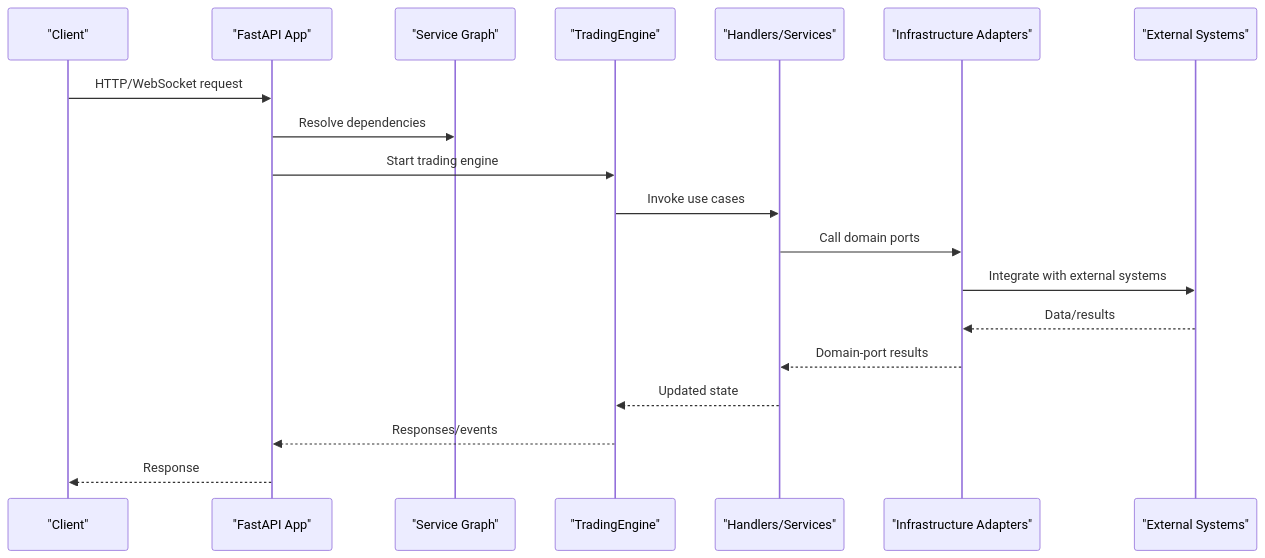
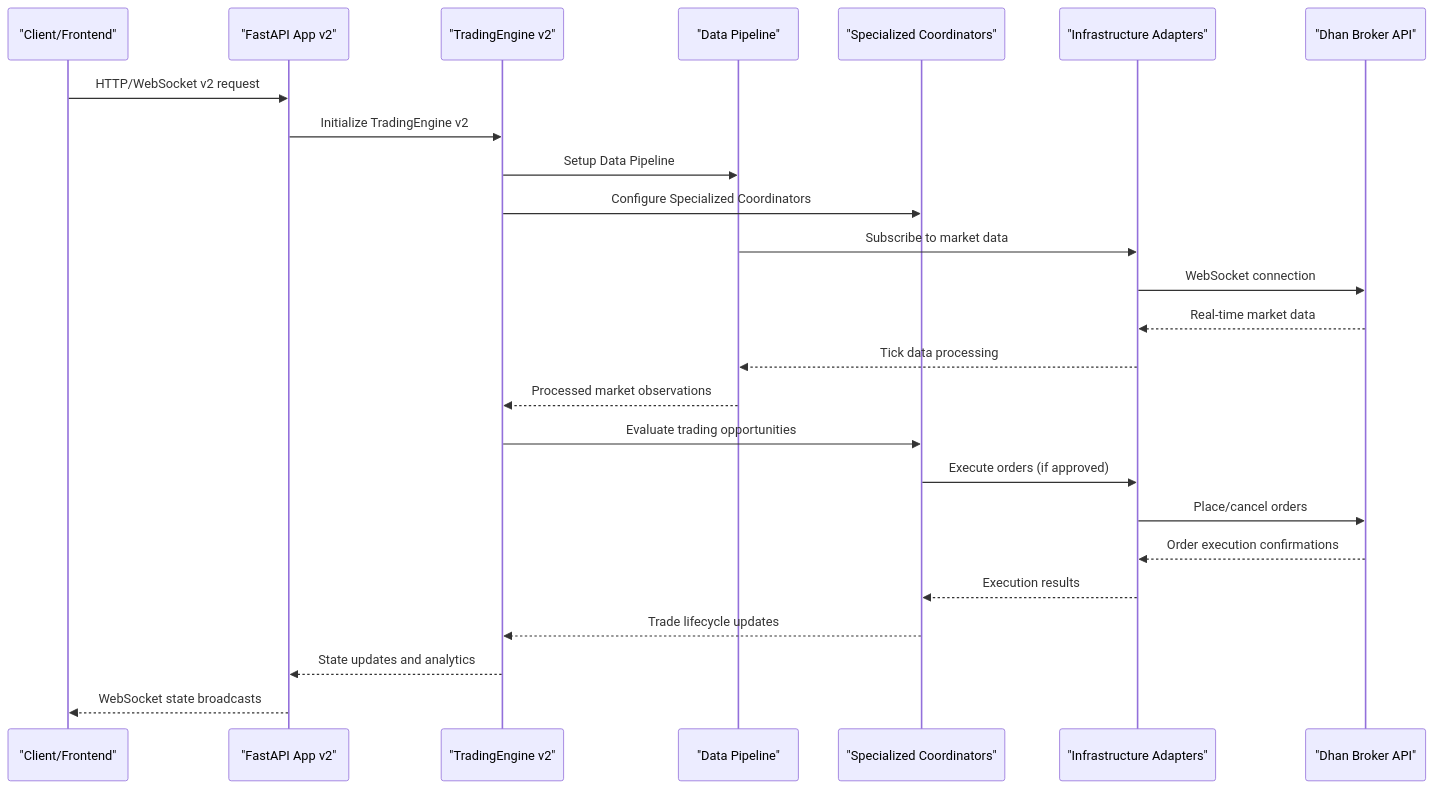
Before and after one commit to gemrajkhatry-maker/v5-of-glassytrade-ai: the second of 6 diagrams in .qoder/repowiki/en/content/Architecture Deep Dive/Clean Architecture Layers/Clean Architecture Layers.md, drawn with Mermaid. The commit also changed other lines of this file and 930 other files, not shown here.

````diff
--- a/.qoder/repowiki/en/content/Architecture Deep Dive/Clean Architecture Layers/Clean Architecture Layers.md
+++ b/.qoder/repowiki/en/content/Architecture Deep Dive/Clean Architecture Layers/Clean Architecture Layers.md
@@ -108,21 +138,27 @@
 ```mermaid
 sequenceDiagram
-participant Client as "Client"
-participant API as "FastAPI App"
-participant Graph as "Service Graph"
-participant Engine as "TradingEngine"
-participant Handler as "Handlers/Services"
-participant Adapter as "Infrastructure Adapters"
-participant Ext as "External Systems"
-Client->>API : HTTP/WebSocket request
-API->>Graph : Resolve dependencies
-API->>Engine : Start trading engine
-Engine->>Handler : Invoke use cases
-Handler->>Adapter : Call domain ports
-Adapter->>Ext : Integrate with external systems
-Ext-->>Adapter : Data/results
-Adapter-->>Handler : Domain-port results
-Handler-->>Engine : Updated state
-Engine-->>API : Responses/events
-API-->>Client : Response
+participant Client as "Client/Frontend"
+participant API as "FastAPI App v2"
+participant Engine as "TradingEngine v2"
+participant Pipeline as "Data Pipeline"
+participant Coordinators as "Specialized Coordinators"
+participant Adapters as "Infrastructure Adapters"
+participant Dhan as "Dhan Broker API"
+Client->>API : HTTP/WebSocket v2 request
+API->>Engine : Initialize TradingEngine v2
+Engine->>Pipeline : Setup Data Pipeline
+Engine->>Coordinators : Configure Specialized Coordinators
+Pipeline->>Adapters : Subscribe to market data
+Adapters->>Dhan : WebSocket connection
+Dhan-->>Adapters : Real-time market data
+Adapters-->>Pipeline : Tick data processing
+Pipeline-->>Engine : Processed market observations
+Engine->>Coordinators : Evaluate trading opportunities
+Coordinators->>Adapters : Execute orders (if approved)
+Adapters->>Dhan : Place/cancel orders
+Dhan-->>Adapters : Order execution confirmations
+Adapters-->>Coordinators : Execution results
+Coordinators-->>Engine : Trade lifecycle updates
+Engine-->>API : State updates and analytics
+API-->>Client : WebSocket state broadcasts
 ```
````
